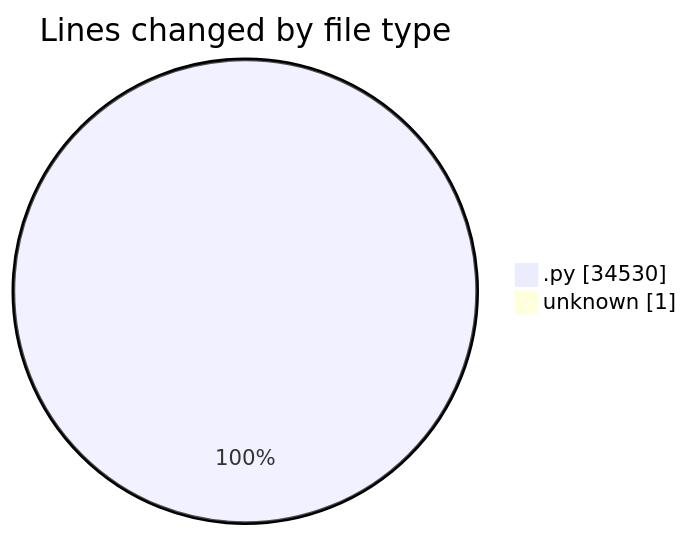
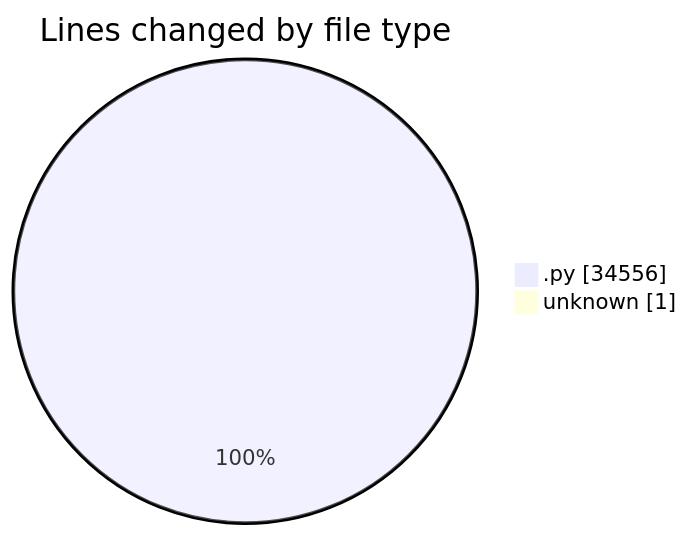
Before and after one commit to julien-gomy/code-tracking: the first of 2 diagrams in 2025-11-22/eventscop-api-guide__workspace_/README.md, drawn with Mermaid. The commit also changed other lines of this file and 1 other file, not shown here.

````diff
--- a/2025-11-22/eventscop-api-guide__workspace_/README.md
+++ b/2025-11-22/eventscop-api-guide__workspace_/README.md
@@ -37,6 +37,6 @@
 ```mermaid
 pie showData
 title Lines changed by file type
-".py" : 34530
+".py" : 34556
 "unknown" : 1
 ```
````
